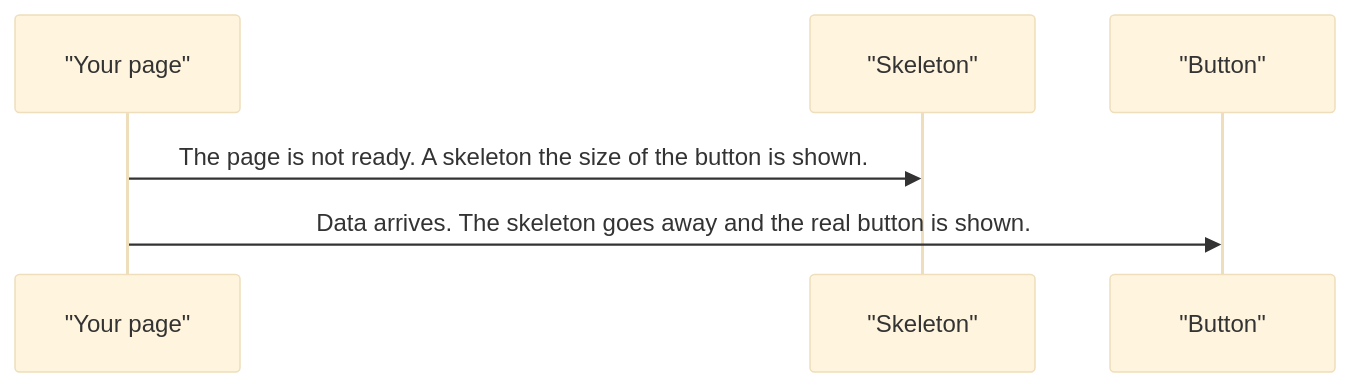
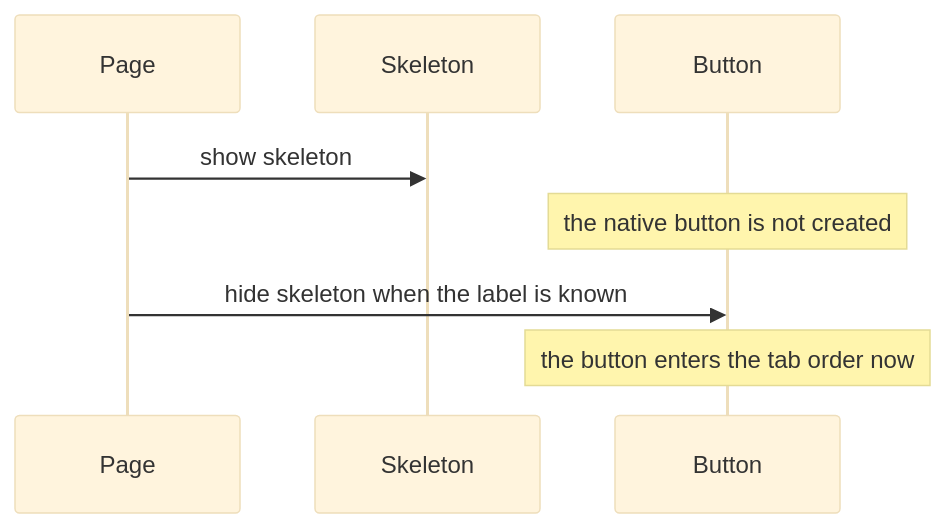
The seventh of 8 diagrams in projects/pixel-ui/src/lib/pixel-button/DESIGN.md (RajshekharBorate/pixel-ui), drawn with Mermaid (base theme) before and after one commit. The commit also changed other lines of this file and 73 other files, not shown here.

Commit message:
Explain who owns each value and what each flow does in every component and service design.

````diff
--- a/projects/pixel-ui/src/lib/pixel-button/DESIGN.md
+++ b/projects/pixel-ui/src/lib/pixel-button/DESIGN.md
@@ -136,8 +227,11 @@
 ```mermaid
 sequenceDiagram
-  participant page as "Your page"
-  participant skeleton as "Skeleton"
-  participant button as "Button"
-  page->>skeleton: The page is not ready. A skeleton the size of the button is shown.
-  page->>button: Data arrives. The skeleton goes away and the real button is shown.
+  participant Page
+  participant Skeleton
+  participant Button
+
+  Page->>Skeleton: show skeleton
+  Note over Button: the native button is not created
+  Page->>Button: hide skeleton when the label is known
+  Note over Button: the button enters the tab order now
 ```
````
